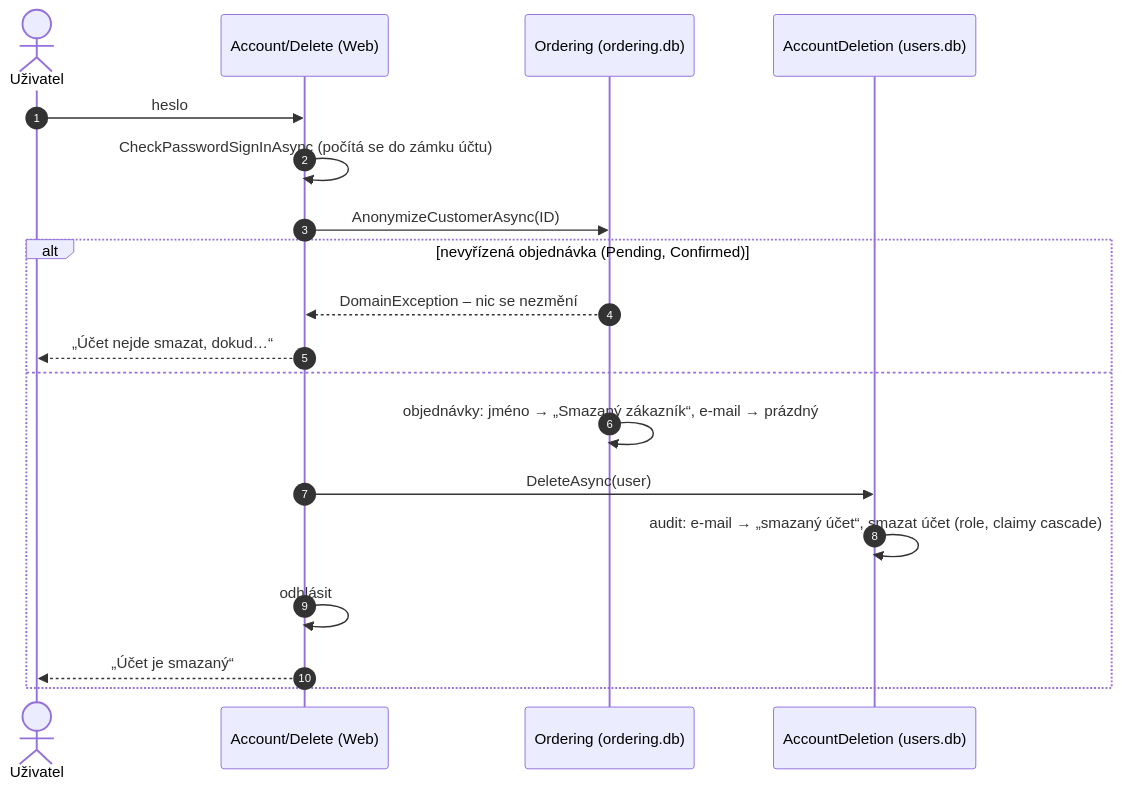
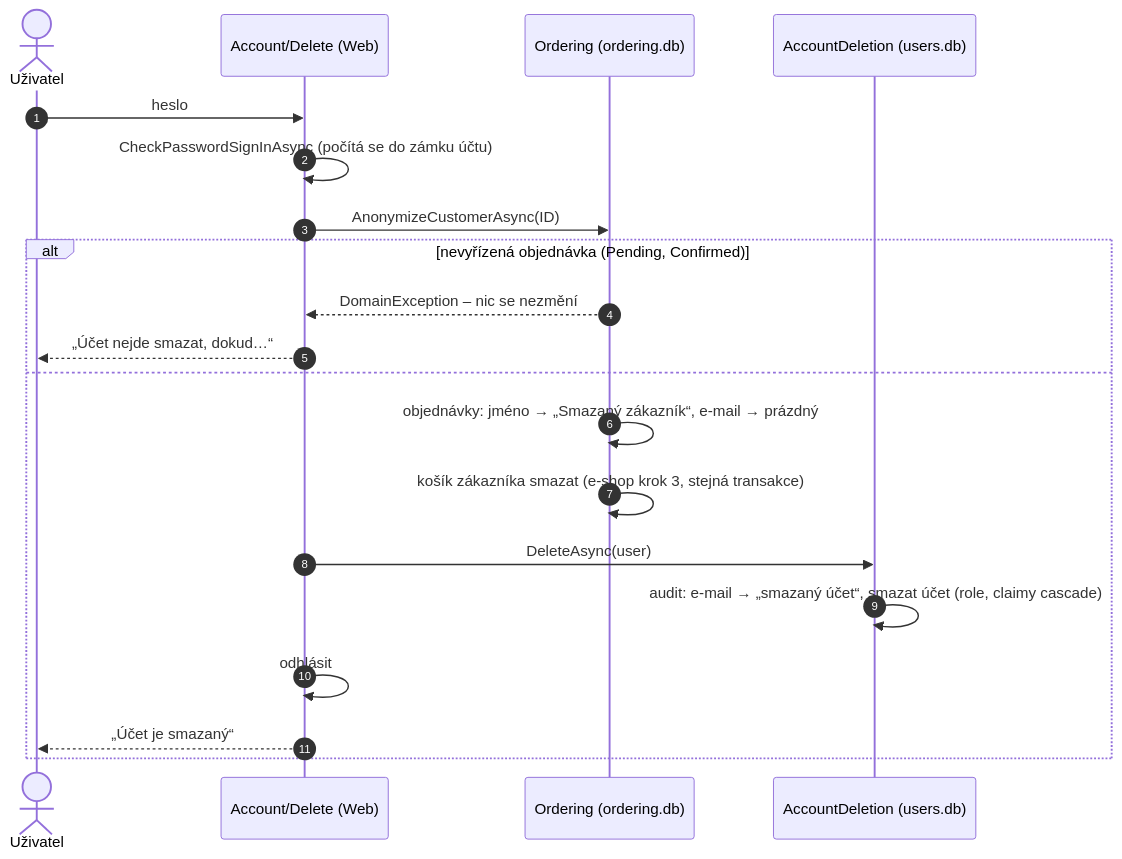
One commit to ftichy/MiniShop changed the fourth of 6 diagrams in docs/prirucka/architektura/moduly/accounts.md. Above: the diagram before and after it, drawn with Mermaid. The commit also changed 40 other files, not shown here.

````diff
--- a/docs/prirucka/architektura/moduly/accounts.md
+++ b/docs/prirucka/architektura/moduly/accounts.md
@@ -153,22 +153,23 @@
 ```mermaid
 sequenceDiagram
     autonumber
     actor U as Uživatel
     participant P as Account/Delete (Web)
     participant O as Ordering (ordering.db)
     participant A as AccountDeletion (users.db)
 
     U->>P: heslo
     P->>P: CheckPasswordSignInAsync (počítá se do zámku účtu)
     P->>O: AnonymizeCustomerAsync(ID)
     alt nevyřízená objednávka (Pending, Confirmed)
         O-->>P: DomainException – nic se nezmění
         P-->>U: „Účet nejde smazat, dokud…“
     else
         O->>O: objednávky: jméno → „Smazaný zákazník“, e-mail → prázdný
+    O->>O: košík zákazníka smazat (e-shop krok 3, stejná transakce)
         P->>A: DeleteAsync(user)
         A->>A: audit: e-mail → „smazaný účet“, smazat účet (role, claimy cascade)
         P->>P: odhlásit
         P-->>U: „Účet je smazaný“
     end
 ```
````
